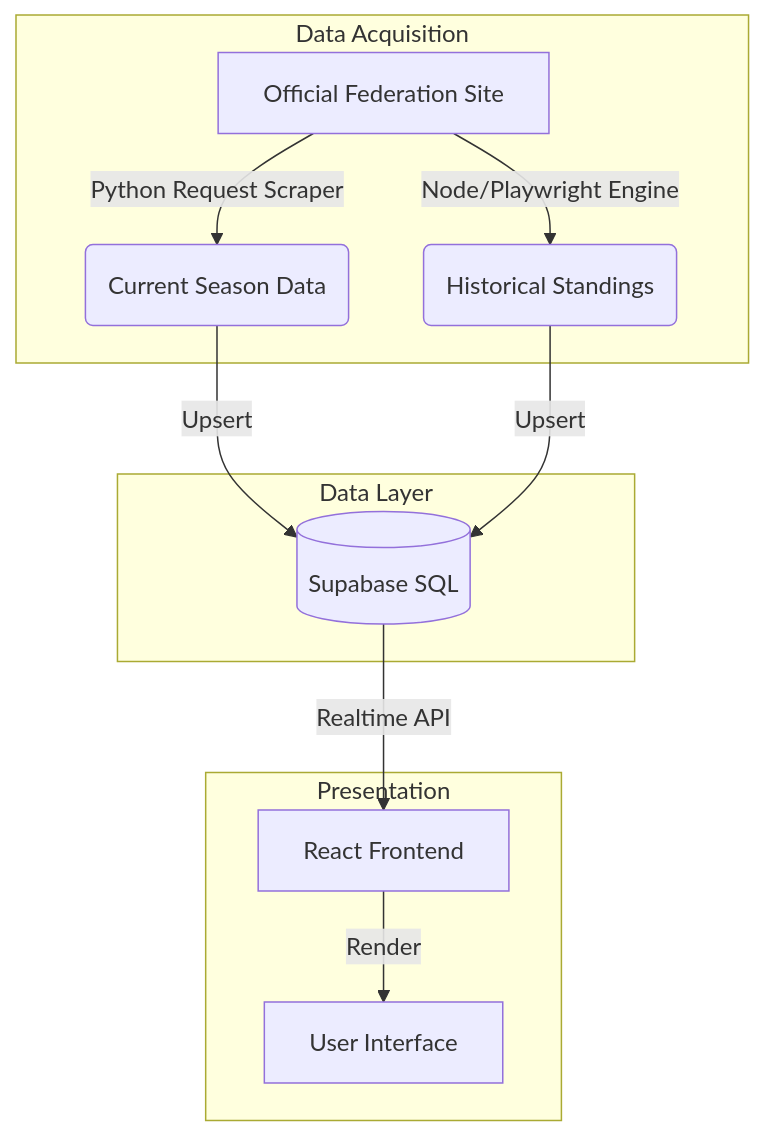
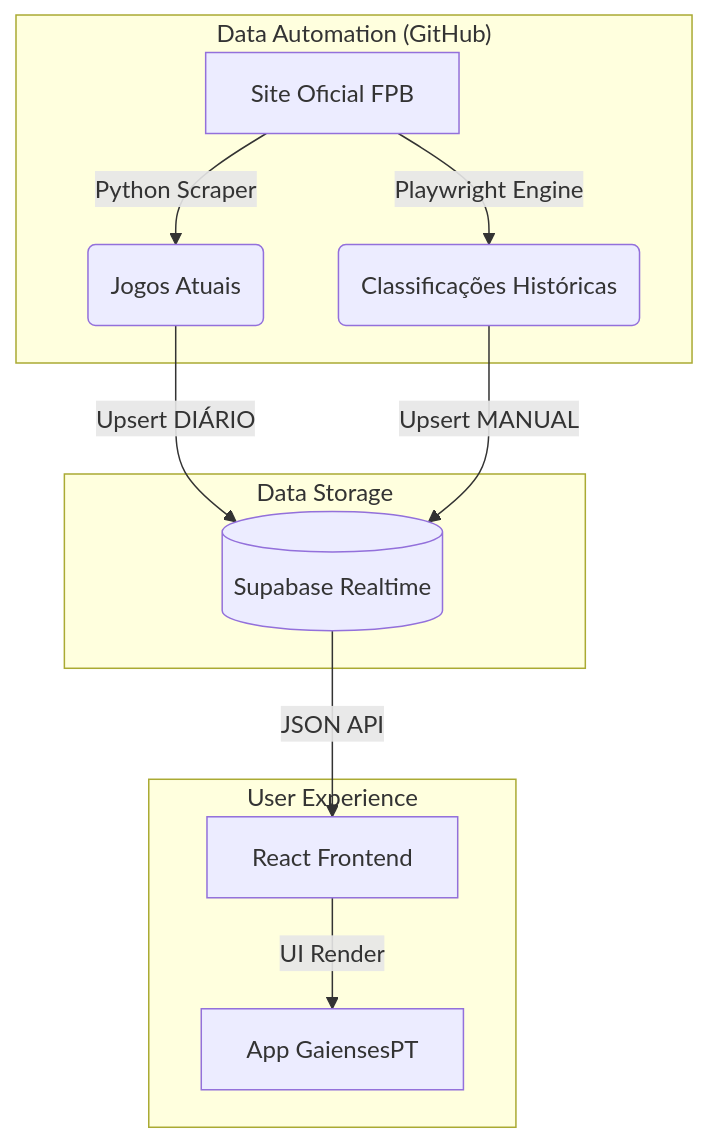
Before and after one commit to mefrraz/gaiensespt: the diagram in README.md, drawn with Mermaid. The commit also changed other lines of this file and 1 other file, not shown here.

````diff
--- a/README.md
+++ b/README.md
@@ -15,17 +36,17 @@
 ```mermaid
 graph TD
-    subgraph Data Acquisition
-        A[Official Federation Site] -->|Python Request Scraper| B(Current Season Data)
-        A -->|Node/Playwright Engine| C(Historical Standings)
+    subgraph "Data Automation (GitHub)"
+        A[Site Oficial FPB] -->|Python Scraper| B(Jogos Atuais)
+        A -->|Playwright Engine| C(Classificações Históricas)
     end
     
-    subgraph Data Layer
-        B -->|Upsert| D[(Supabase SQL)]
-        C -->|Upsert| D
+    subgraph "Data Storage"
+        B -->|Upsert DIÁRIO| D[(Supabase Realtime)]
+        C -->|Upsert MANUAL| D
     end
     
-    subgraph Presentation
-        D -->|Realtime API| E[React Frontend]
-        E -->|Render| F[User Interface]
+    subgraph "User Experience"
+        D -->|JSON API| E[React Frontend]
+        E -->|UI Render| F[App GaiensesPT]
     end
 ```
````
